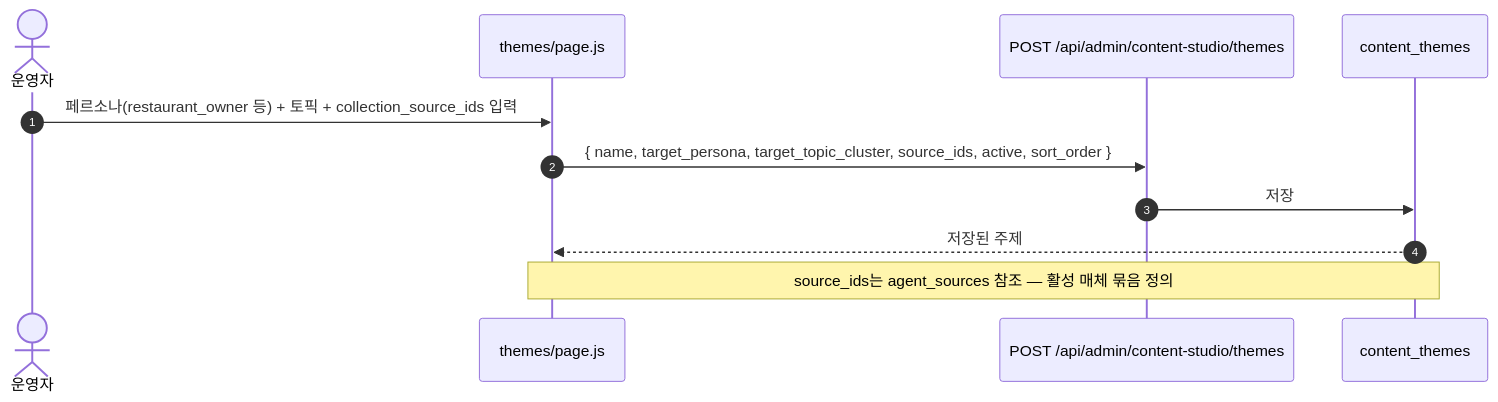
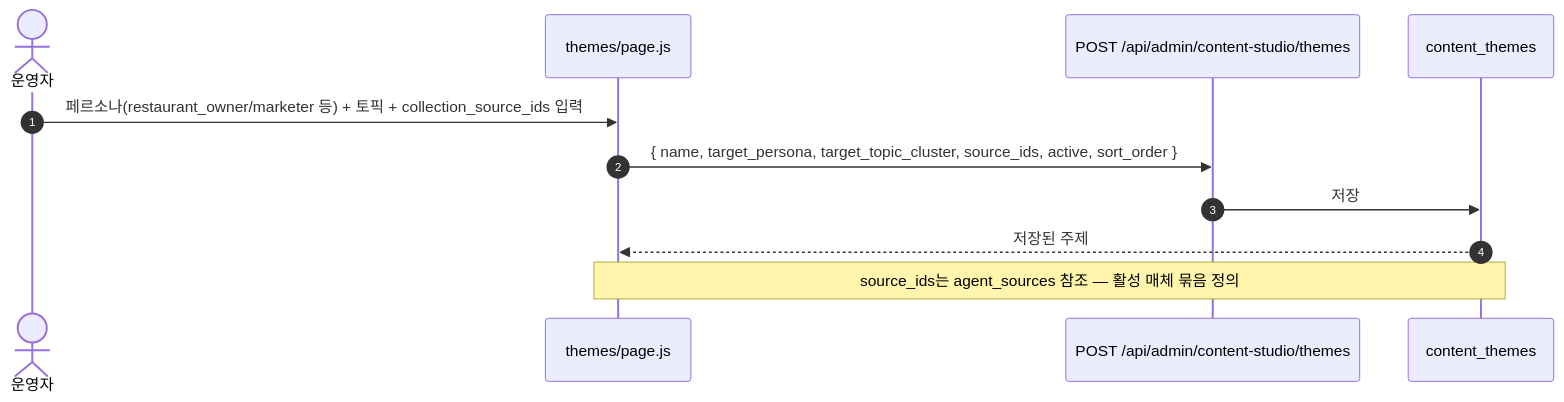
One commit to giveneeds/give-randing changed the third of 9 diagrams in docs/content-studio-pipeline-spec.md. Above: the diagram before and after it, drawn with Mermaid. The commit also changed other lines of this file and 10 other files, not shown here.

````diff
--- a/docs/content-studio-pipeline-spec.md
+++ b/docs/content-studio-pipeline-spec.md
@@ -306,14 +307,14 @@
 ```mermaid
 sequenceDiagram
   autonumber
   actor U as 운영자
   participant UI as themes/page.js
   participant API as POST /api/admin/content-studio/themes
   participant DB as content_themes
 
-  U->>UI: 페르소나(restaurant_owner 등) + 토픽 + collection_source_ids 입력
+  U->>UI: 페르소나(restaurant_owner/marketer 등) + 토픽 + collection_source_ids 입력
   UI->>API: { name, target_persona, target_topic_cluster, source_ids, active, sort_order }
   API->>DB: 저장
   DB-->>UI: 저장된 주제
   Note over UI,DB: source_ids는 agent_sources 참조 — 활성 매체 묶음 정의
 ```
````
